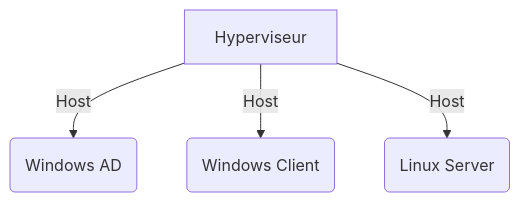
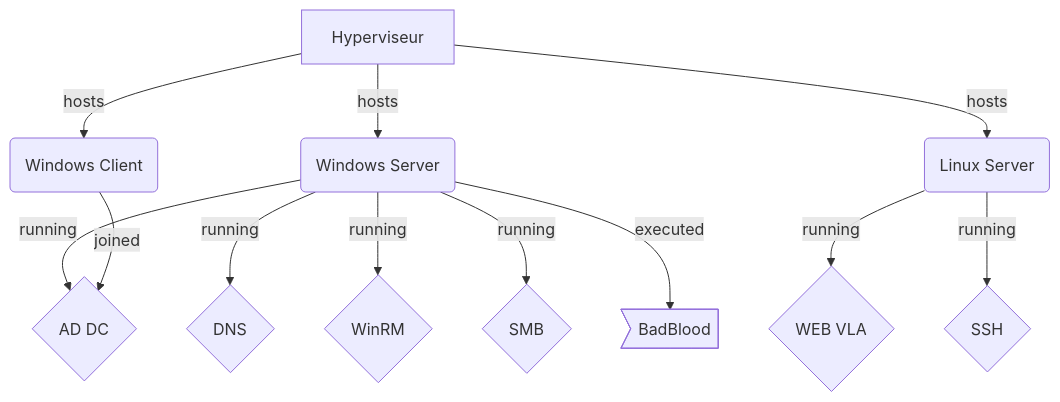
One commit to griftlab/Dojo-101 changed the diagram in Dojo-101-Apprentissage/10-MESP-Creation-Lab.md. Above: the diagram before and after it, drawn with Mermaid. The commit also changed other lines of this file and 3 other files, not shown here.

````diff
--- a/Dojo-101-Apprentissage/10-MESP-Creation-Lab.md
+++ b/Dojo-101-Apprentissage/10-MESP-Creation-Lab.md
@@ -34,6 +34,18 @@
 ```mermaid
 flowchart TD
-    A[Hyperviseur] -->|Host| B(Windows AD)
-    A --> | Host| C(Windows Client)
-    A --> | Host | D(Linux Server)
+    A[Hyperviseur] -->|hosts| B(Windows Server)
+    A --> | hosts| C(Windows Client)
+    A --> | hosts| D(Linux Server)
+
+    B --> |running| Z{AD DC}
+    B --> |running| E{DNS}
+    B --> |running| F{WinRM}  
+    B --> |running| G{SMB}  
+
+    D --> |running| H{WEB VLA}
+    D --> |running| I{SSH}
+
+    C --> |joined| Z
+
+    B --> |executed| J>BadBlood]
 ```
````
